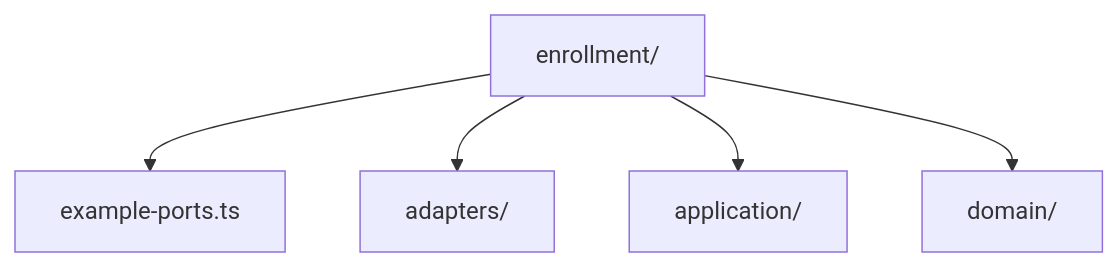
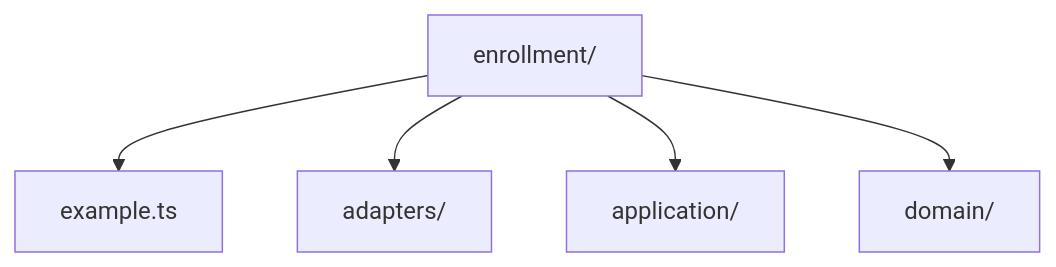
Before and after one commit to virtualitems/tshex-cli: the fifth of 7 diagrams in docs/library-structure.md, drawn with Mermaid. The commit also changed other lines of this file and 6 other files, not shown here.

First line of the commit message:
docs: refine context architecture examples

````diff
--- a/docs/library-structure.md
+++ b/docs/library-structure.md
@@ -90,7 +90,7 @@
 ```mermaid
 flowchart TD
-    enrollment["enrollment/"] --> ports["example-ports.ts"]
+    enrollment["enrollment/"] --> ports["example.ts"]
     enrollment --> adapters["adapters/"]
     enrollment --> application["application/"]
     enrollment --> domain["domain/"]
 ```
````
